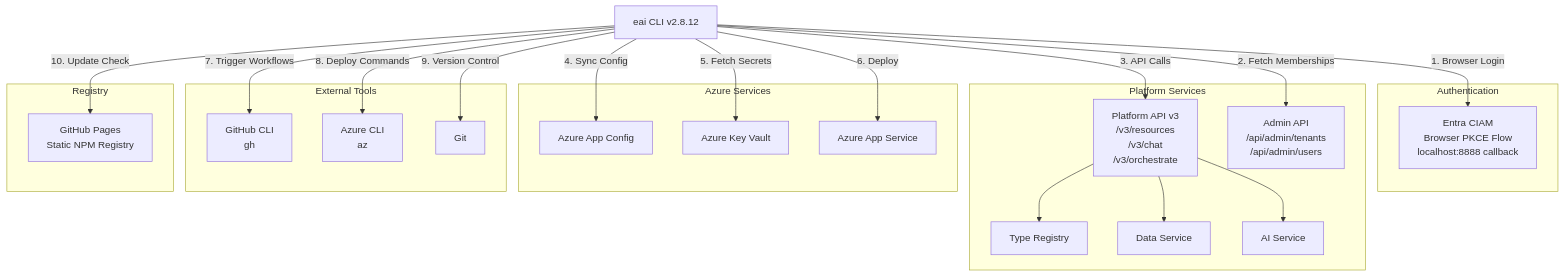
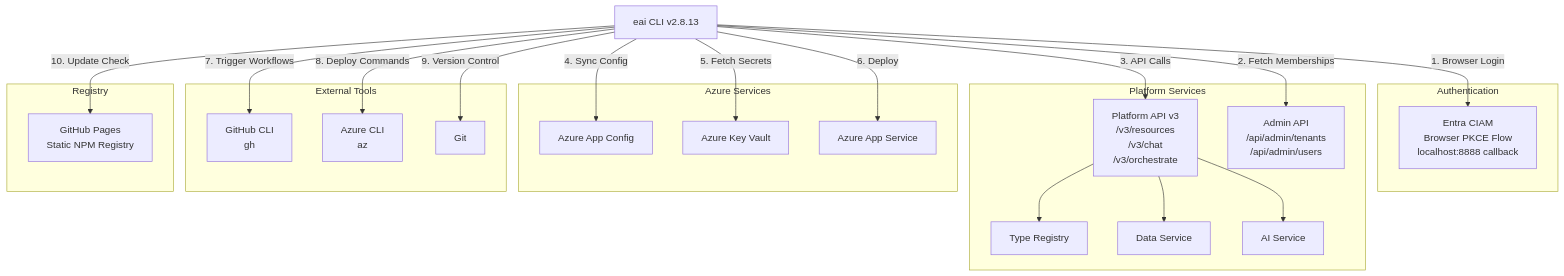
One commit to eai-support/eai changed the diagram in .tech-docs/dependencies.md. Above: the diagram before and after it, drawn with Mermaid. The commit also changed other lines of this file and 11 other files, not shown here.

````diff
--- a/.tech-docs/dependencies.md
+++ b/.tech-docs/dependencies.md
@@ -16,49 +16,49 @@
 ```mermaid
 graph TB
-    CLI[eai CLI v2.8.12]
+    CLI[eai CLI v2.8.13]
 
     subgraph "Authentication"
         EntraCIAM[Entra CIAM<br/>Browser PKCE Flow<br/>localhost:8888 callback]
     end
 
     subgraph "Platform Services"
         PublicAPI[Platform API v3<br/>/v3/resources<br/>/v3/chat<br/>/v3/orchestrate]
         AdminAPI[Admin API<br/>/api/admin/tenants<br/>/api/admin/users]
         TypeRegistry[Type Registry]
         DataService[Data Service]
         AIService[AI Service]
     end
 
     subgraph "Azure Services"
         AppConfig[Azure App Config]
         KeyVault[Azure Key Vault]
         AppService[Azure App Service]
     end
 
     subgraph "External Tools"
         GitHubCLI[GitHub CLI<br/>gh]
         AzureCLI[Azure CLI<br/>az]
         Git[Git]
     end
 
     subgraph "Registry"
         GitHubPages[GitHub Pages<br/>Static NPM Registry]
     end
 
     CLI -->|1. Browser Login| EntraCIAM
     CLI -->|2. Fetch Memberships| AdminAPI
     CLI -->|3. API Calls| PublicAPI
     PublicAPI --> TypeRegistry
     PublicAPI --> DataService
     PublicAPI --> AIService
 
     CLI -->|4. Sync Config| AppConfig
     CLI -->|5. Fetch Secrets| KeyVault
     CLI -->|6. Deploy| AppService
 
     CLI -->|7. Trigger Workflows| GitHubCLI
     CLI -->|8. Deploy Commands| AzureCLI
     CLI -->|9. Version Control| Git
 
     CLI -->|10. Update Check| GitHubPages
 ```
````
